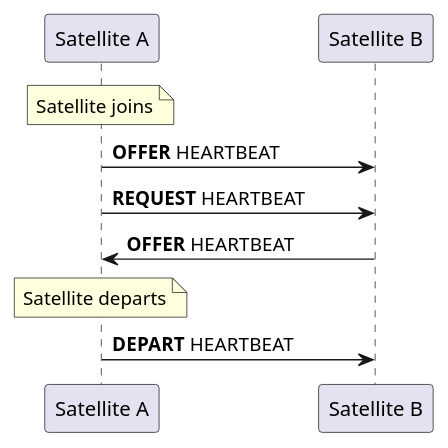
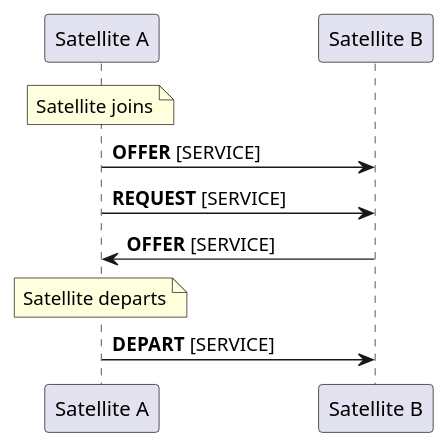
One commit to constellation-daq/Constellation changed the sixth of 6 diagrams in docs/framework_reference/protocols.md. Above: the diagram before and after it, drawn with PlantUML. The commit also changed other lines of this file, not shown here.

Commit message:
docs/proto: update UML diagrams

````diff
--- a/docs/framework_reference/protocols.md
+++ b/docs/framework_reference/protocols.md
@@ -268,11 +268,11 @@
 ```plantuml
 @startuml
 skinparam ParticipantPadding 50
 note over "Satellite A" : Satellite joins
-"Satellite A" -> "Satellite B": **OFFER** HEARTBEAT
-"Satellite A" -> "Satellite B": **REQUEST** HEARTBEAT
-"Satellite A" <- "Satellite B": **OFFER** HEARTBEAT
+"Satellite A" -> "Satellite B": **OFFER** [SERVICE]
+"Satellite A" -> "Satellite B": **REQUEST** [SERVICE]
+"Satellite A" <- "Satellite B": **OFFER** [SERVICE]
 note over "Satellite A" : Satellite departs
-"Satellite A" -> "Satellite B": **DEPART** HEARTBEAT
+"Satellite A" -> "Satellite B": **DEPART** [SERVICE]
 @enduml
 ```
````
